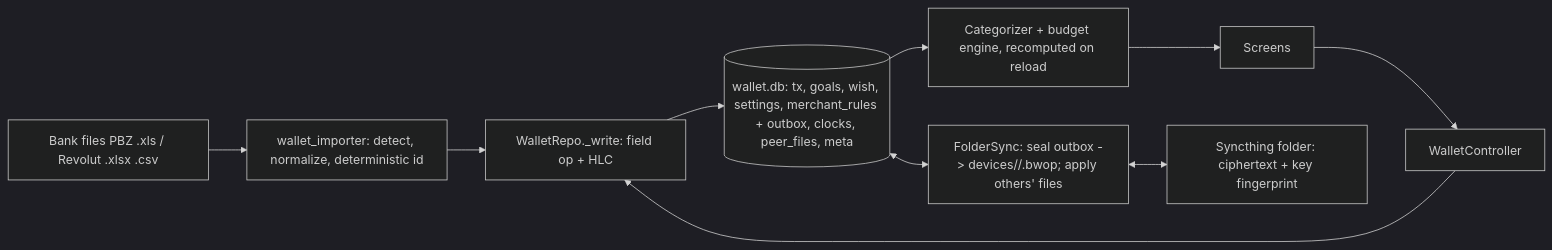
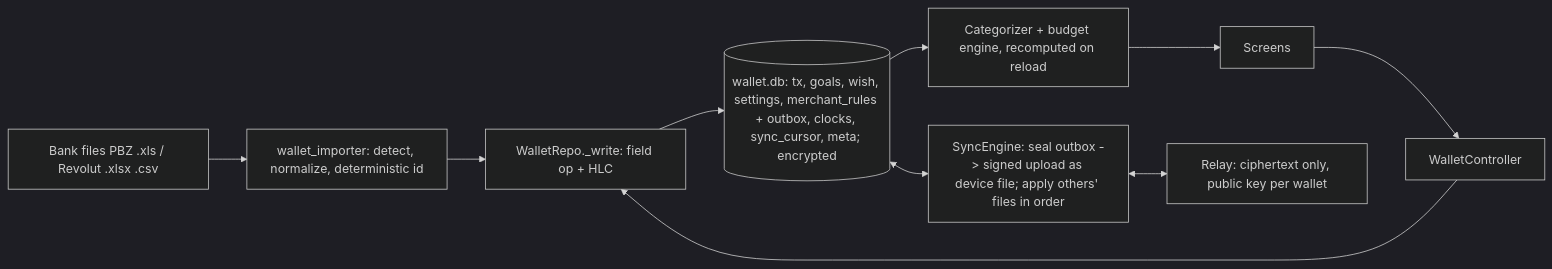
Before and after one commit to marcelicmateo/buggetwallet: the first of 2 diagrams in docs/context/DESIGN_DECISIONS.md, drawn with Mermaid (dark theme). The commit also changed other lines of this file and 4 other files, not shown here.

Commit message:
Docs: user docs for relay sync, encrypted database and key warning

````diff
--- a/docs/context/DESIGN_DECISIONS.md
+++ b/docs/context/DESIGN_DECISIONS.md
@@ -35,11 +35,11 @@
 ```mermaid
 flowchart LR
   F[Bank files PBZ .xls / Revolut .xlsx .csv] --> I[wallet_importer: detect, normalize, deterministic id]
   U[Screens] --> C[WalletController]
   I --> W[WalletRepo._write: field op + HLC]
   C --> W
-  W --> DB[(wallet.db: tx, goals, wish, settings, merchant_rules + outbox, clocks, peer_files, meta)]
+  W --> DB[(wallet.db: tx, goals, wish, settings, merchant_rules + outbox, clocks, sync_cursor, meta; encrypted)]
   DB --> E[Categorizer + budget engine, recomputed on reload] --> U
-  DB <--> S[FolderSync: seal outbox -> devices/<id>/<n>.bwop; apply others' files]
-  S <--> SF[Syncthing folder: ciphertext + key fingerprint]
+  DB <--> S[SyncEngine: seal outbox -> signed upload as device file; apply others' files in order]
+  S <--> R[Relay: ciphertext only, public key per wallet]
 ```
````
